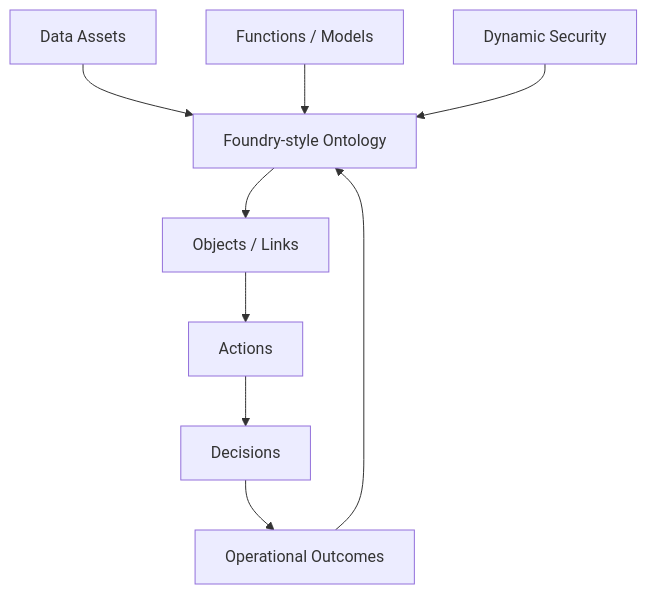
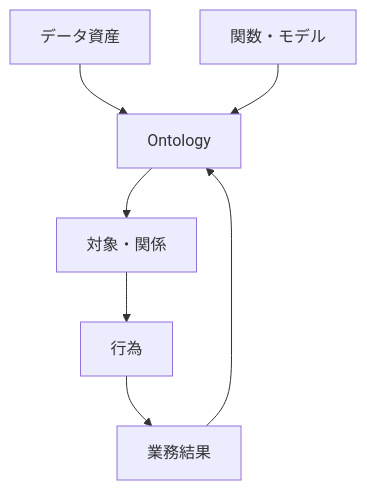
Before and after one commit to daylight55/research: the tenth of 13 diagrams in src/content/blog/ai-llm-ontology-memory.mdx, drawn with Mermaid. The commit also changed other lines of this file and 20 other files, not shown here.

Commit message:
Mermaid図の表示サイズを調整

````diff
--- a/src/content/blog/ai-llm-ontology-memory.mdx
+++ b/src/content/blog/ai-llm-ontology-memory.mdx
@@ -369,11 +349,9 @@
 ```mermaid
 flowchart TD
-  Data["Data Assets"] --> Ont["Foundry-style Ontology"]
-  Logic["Functions / Models"] --> Ont
-  Sec["Dynamic Security"] --> Ont
-  Ont --> Obj["Objects / Links"]
-  Obj --> Act["Actions"]
-  Act --> Dec["Decisions"]
-  Dec --> Ops["Operational Outcomes"]
+  Data["データ資産"] --> Ont["Ontology"]
+  Logic["関数・モデル"] --> Ont
+  Ont --> Obj["対象・関係"]
+  Obj --> Act["行為"]
+  Act --> Ops["業務結果"]
   Ops --> Ont
 ```
````
